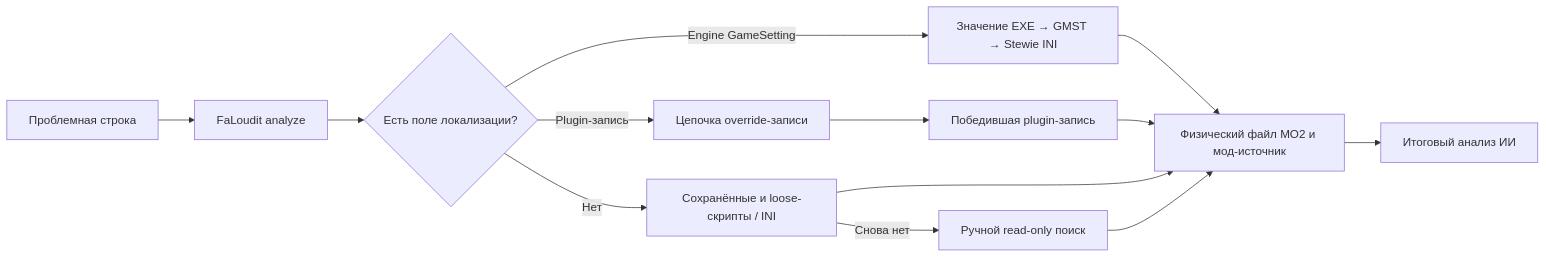
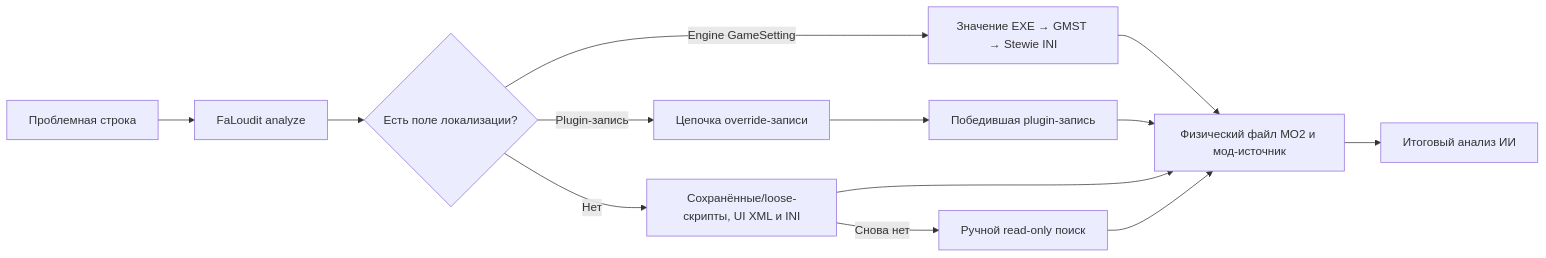
The diagram in README.ru.md (YAMium/FaLoudit), drawn with Mermaid before and after one commit. The commit also changed other lines of this file and 19 other files, not shown here.

````diff
--- a/README.ru.md
+++ b/README.ru.md
@@ -58,15 +58,15 @@
 ```mermaid
 flowchart LR
     A[Проблемная строка] --> B[FaLoudit analyze]
     B --> C{Есть поле локализации?}
     C -->|Plugin-запись| D[Цепочка override-записи]
     C -->|Engine GameSetting| J[Значение EXE → GMST → Stewie INI]
-    C -->|Нет| E[Сохранённые и loose-скрипты / INI]
+    C -->|Нет| E[Сохранённые/loose-скрипты, UI XML и INI]
     E -->|Снова нет| F[Ручной read-only поиск]
     D --> G[Победившая plugin-запись]
     J --> H
     G --> H[Физический файл MO2 и мод-источник]
     E --> H
     F --> H
     H --> I[Итоговый анализ ИИ]
 ```
````
